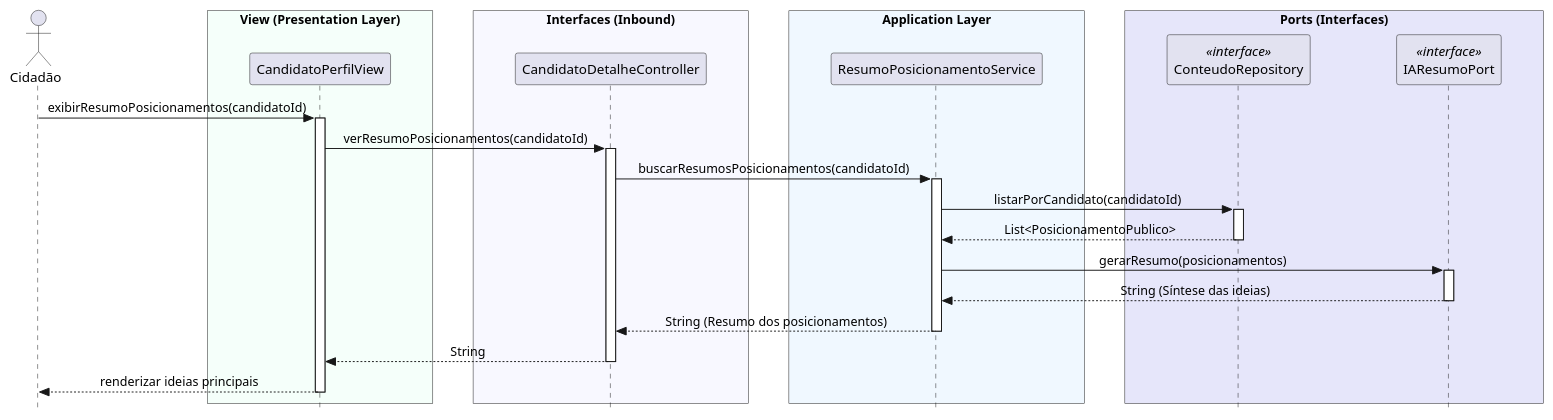
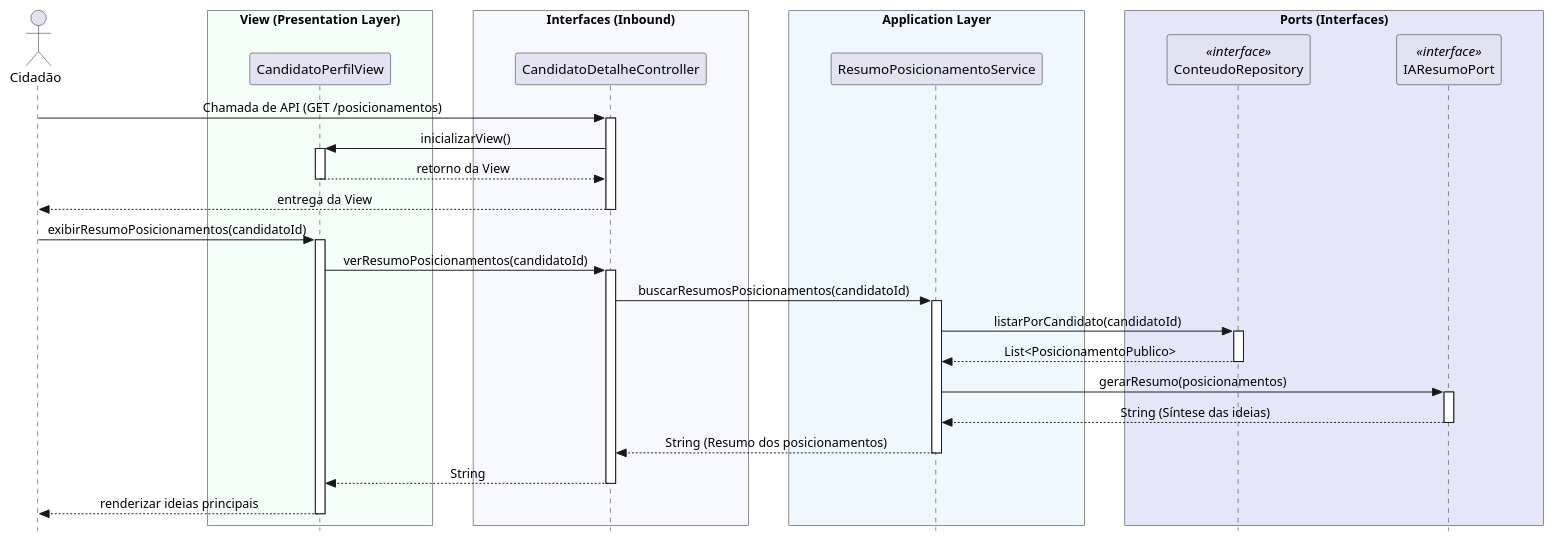
The diagram in sistema-java/docs/02 - Implementação/Diagramas_de_Squência_de_Sistema/UC3.md (gabrielfaravola/ProjetoEngenharia), drawn with PlantUML before and after one commit. The commit also changed other lines of this file, not shown here.

Commit message:
Update sequence diagram for interaction summaries

````diff
--- a/sistema-java/docs/02 - Implementação/Diagramas_de_Squência_de_Sistema/UC3.md
+++ b/sistema-java/docs/02 - Implementação/Diagramas_de_Squência_de_Sistema/UC3.md
@@ -6,58 +6,70 @@
 ```plantuml
 @startuml
 skinparam style strictuml
 skinparam sequenceMessageAlign center
 skinparam ParticipantPadding 40
 skinparam ParticipantMinWidth 140
 skinparam BoxPadding 20
 
 actor "Cidadão" as User
 
 box "View (Presentation Layer)" #MintCream
 participant "CandidatoPerfilView" as View
 end box
 
 box "Interfaces (Inbound)" #GhostWhite
 participant "CandidatoDetalheController" as Ctrl
 end box
 
 box "Application Layer" #AliceBlue
 participant "ResumoPosicionamentoService" as Service
 end box
 
 box "Ports (Interfaces)" #Lavender
 participant "ConteudoRepository" as Repo <<interface>>
 participant "IAResumoPort" as IA <<interface>>
 end box
 
+' --- INTERAÇÃO INICIAL DE ACESSO (CHAMADA DE API) ---
+User -> Ctrl : Chamada de API (GET /posicionamentos)
+activate Ctrl
 
+Ctrl -> View : inicializarView()
+activate View
+View --> Ctrl : retorno da View
+deactivate View
+
+Ctrl --> User : entrega da View
+deactivate Ctrl
+
+' --- FLUXO ORIGINAL DE PROCESSAMENTO ---
 User -> View : exibirResumoPosicionamentos(candidatoId)
 activate View
 
 View -> Ctrl : verResumoPosicionamentos(candidatoId)
 activate Ctrl
 
 Ctrl -> Service : buscarResumosPosicionamentos(candidatoId)
 activate Service
 
 Service -> Repo : listarPorCandidato(candidatoId)
 activate Repo
 Repo --> Service : List<PosicionamentoPublico>
 deactivate Repo
 
 Service -> IA : gerarResumo(posicionamentos)
 activate IA
 IA --> Service : String (Síntese das ideias)
 deactivate IA
 
 Service --> Ctrl : String (Resumo dos posicionamentos)
 deactivate Service
 
 Ctrl --> View : String
 deactivate Ctrl
 
 View --> User : renderizar ideias principais
 deactivate View
 
 @enduml
 ```
````
